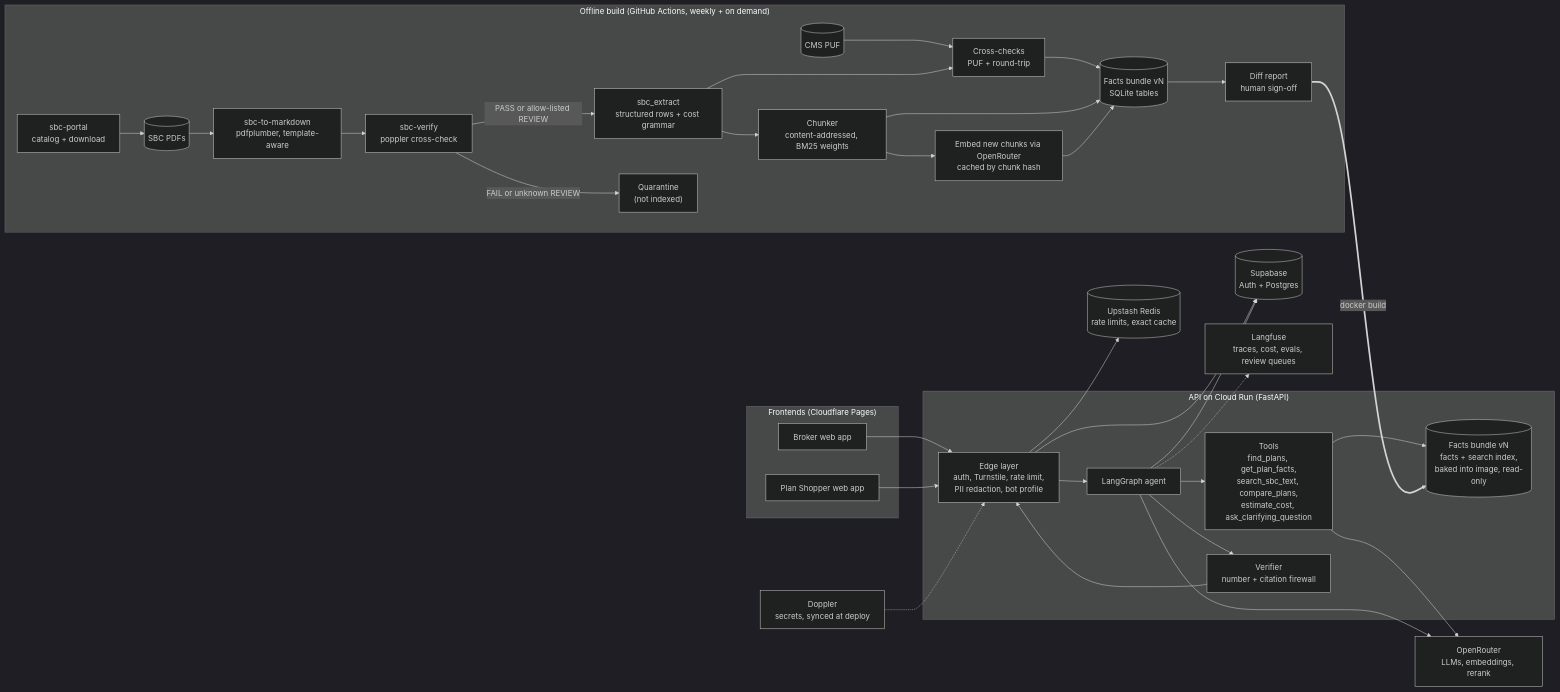
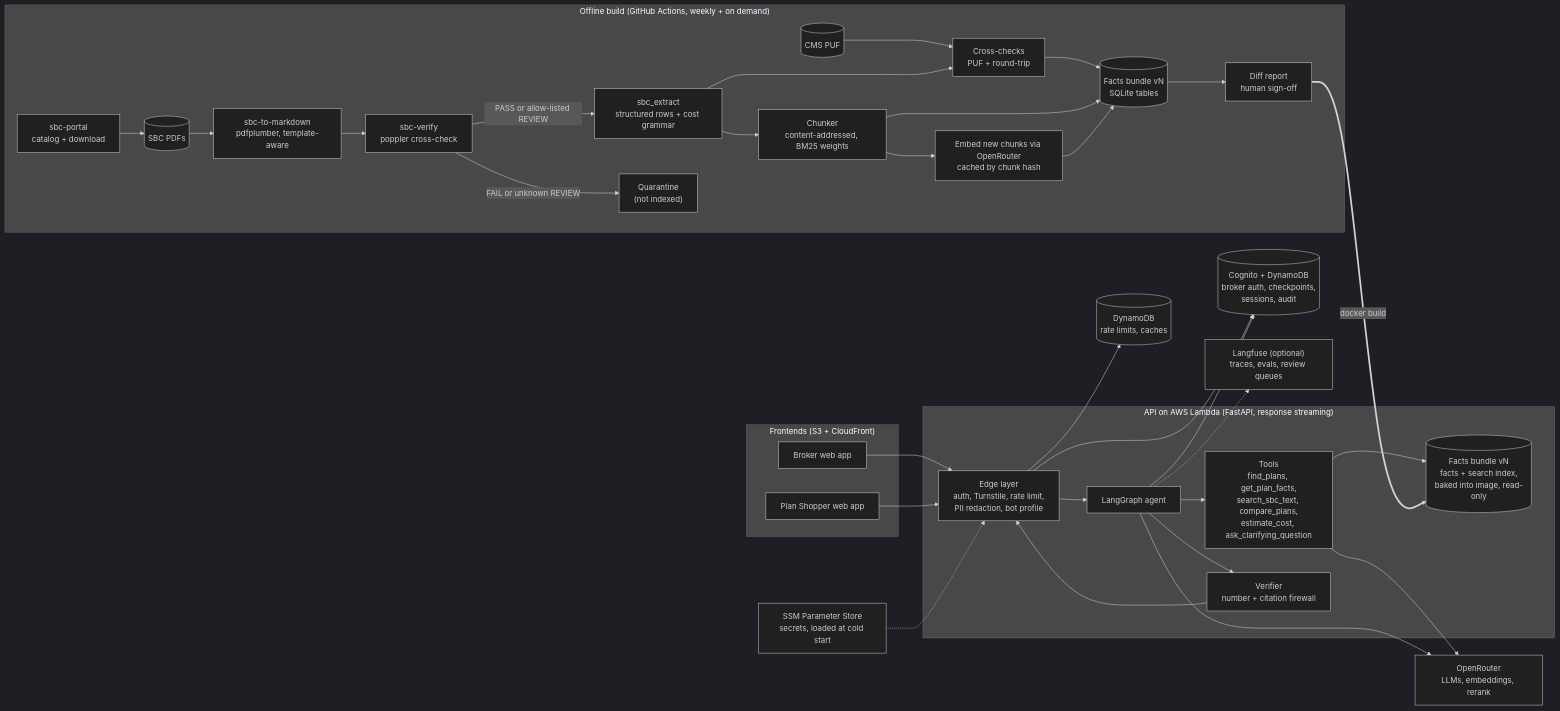
One commit to syamsruthin/sbc-agentic-rag changed the diagram in README.md. Above: the diagram before and after it, drawn with Mermaid (dark theme). The commit also changed other lines of this file and 11 other files, not shown here.

````diff
--- a/README.md
+++ b/README.md
@@ -43,53 +43,53 @@
 ```mermaid
 flowchart LR
   subgraph OFF["Offline build (GitHub Actions, weekly + on demand)"]
     PORTAL["sbc-portal<br/>catalog + download"] --> PDF[("SBC PDFs")]
     PDF --> CONV["sbc-to-markdown<br/>pdfplumber, template-aware"]
     CONV --> VER["sbc-verify<br/>poppler cross-check"]
     VER -->|"PASS or allow-listed REVIEW"| EXT["sbc_extract<br/>structured rows + cost grammar"]
     VER -->|"FAIL or unknown REVIEW"| Q["Quarantine<br/>(not indexed)"]
     PUFD[("CMS PUF")] --> XC["Cross-checks<br/>PUF + round-trip"]
     EXT --> XC
     XC --> FACTS[("Facts bundle vN<br/>SQLite tables")]
     FACTS --> DIFF["Diff report<br/>human sign-off"]
     EXT --> CHK["Chunker<br/>content-addressed, BM25 weights"]
     CHK --> EMB["Embed new chunks via OpenRouter<br/>cached by chunk hash"]
     CHK --> FACTS
     EMB --> FACTS
   end
 
-  subgraph CLIENTS["Frontends (Cloudflare Pages)"]
+  subgraph CLIENTS["Frontends (S3 + CloudFront)"]
     WB["Broker web app"]
     WP["Plan Shopper web app"]
   end
 
-  subgraph RUN["API on Cloud Run (FastAPI)"]
+  subgraph RUN["API on AWS Lambda (FastAPI, response streaming)"]
     EDGE["Edge layer<br/>auth, Turnstile, rate limit,<br/>PII redaction, bot profile"]
     AGENT["LangGraph agent"]
     TOOLS["Tools<br/>find_plans, get_plan_facts,<br/>search_sbc_text, compare_plans,<br/>estimate_cost, ask_clarifying_question"]
     VERIFY["Verifier<br/>number + citation firewall"]
     IDX[("Facts bundle vN<br/>facts + search index,<br/>baked into image, read-only")]
   end
 
   OR["OpenRouter<br/>LLMs, embeddings, rerank"]
-  SB[("Supabase<br/>Auth + Postgres")]
-  UP[("Upstash Redis<br/>rate limits, exact cache")]
-  LF["Langfuse<br/>traces, cost, evals, review queues"]
-  DP["Doppler<br/>secrets, synced at deploy"]
+  SB[("Cognito + DynamoDB<br/>broker auth, checkpoints,<br/>sessions, audit")]
+  UP[("DynamoDB<br/>rate limits, caches")]
+  LF["Langfuse (optional)<br/>traces, evals, review queues"]
+  DP["SSM Parameter Store<br/>secrets, loaded at cold start"]
 
   WB --> EDGE
   WP --> EDGE
   EDGE --> AGENT
   AGENT --> TOOLS
   TOOLS --> IDX
   TOOLS --> OR
   AGENT --> OR
   AGENT --> VERIFY
   VERIFY --> EDGE
   EDGE --> UP
   EDGE --> SB
   AGENT --> SB
   AGENT -.-> LF
   DIFF ==>|"docker build"| IDX
   DP -.-> EDGE
 ```
````
